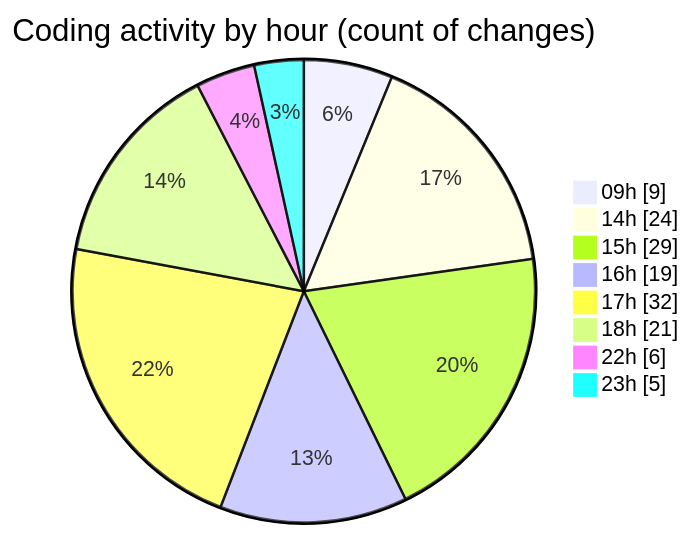
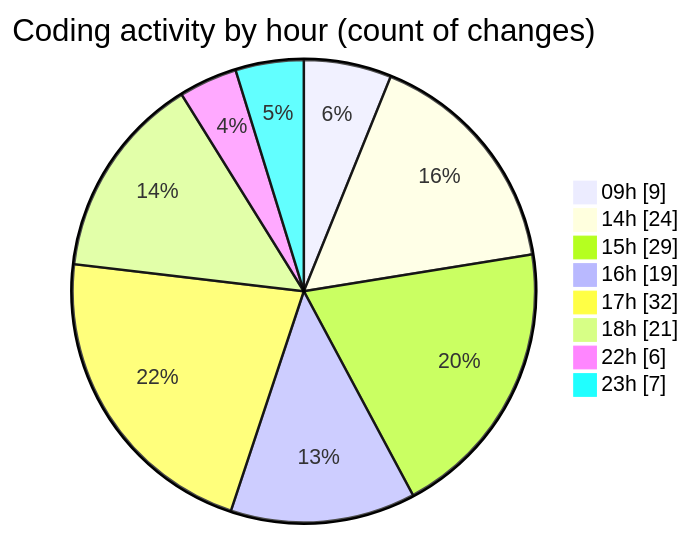
One commit to julien-gomy/code-tracking changed the second of 2 diagrams in 2025-11-25/eventscop-frontend-guide__workspace_/README.md. Above: the diagram before and after it, drawn with Mermaid. The commit also changed other lines of this file and 1 other file, not shown here.

````diff
--- a/2025-11-25/eventscop-frontend-guide__workspace_/README.md
+++ b/2025-11-25/eventscop-frontend-guide__workspace_/README.md
@@ -56,12 +57,12 @@
 ```mermaid
 pie showData
 title Coding activity by hour (count of changes)
 "09h" : 9
 "14h" : 24
 "15h" : 29
 "16h" : 19
 "17h" : 32
 "18h" : 21
 "22h" : 6
-"23h" : 5
+"23h" : 7
 ```
````
